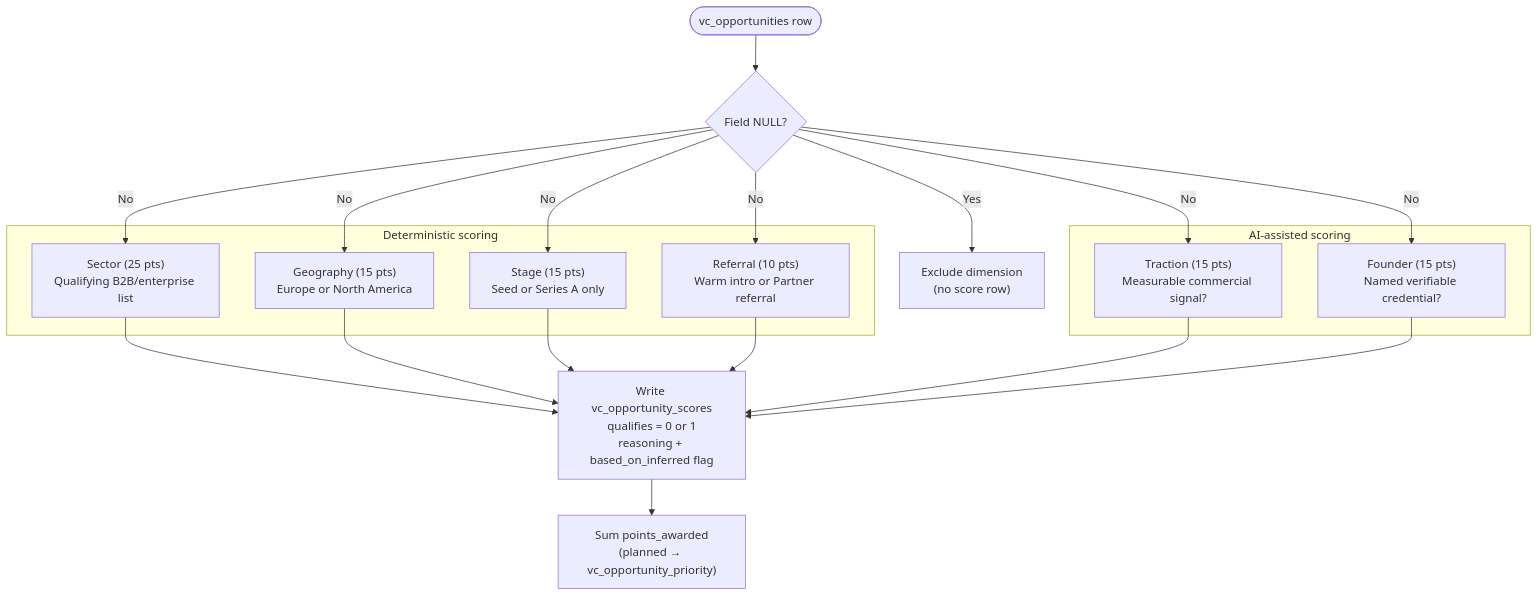
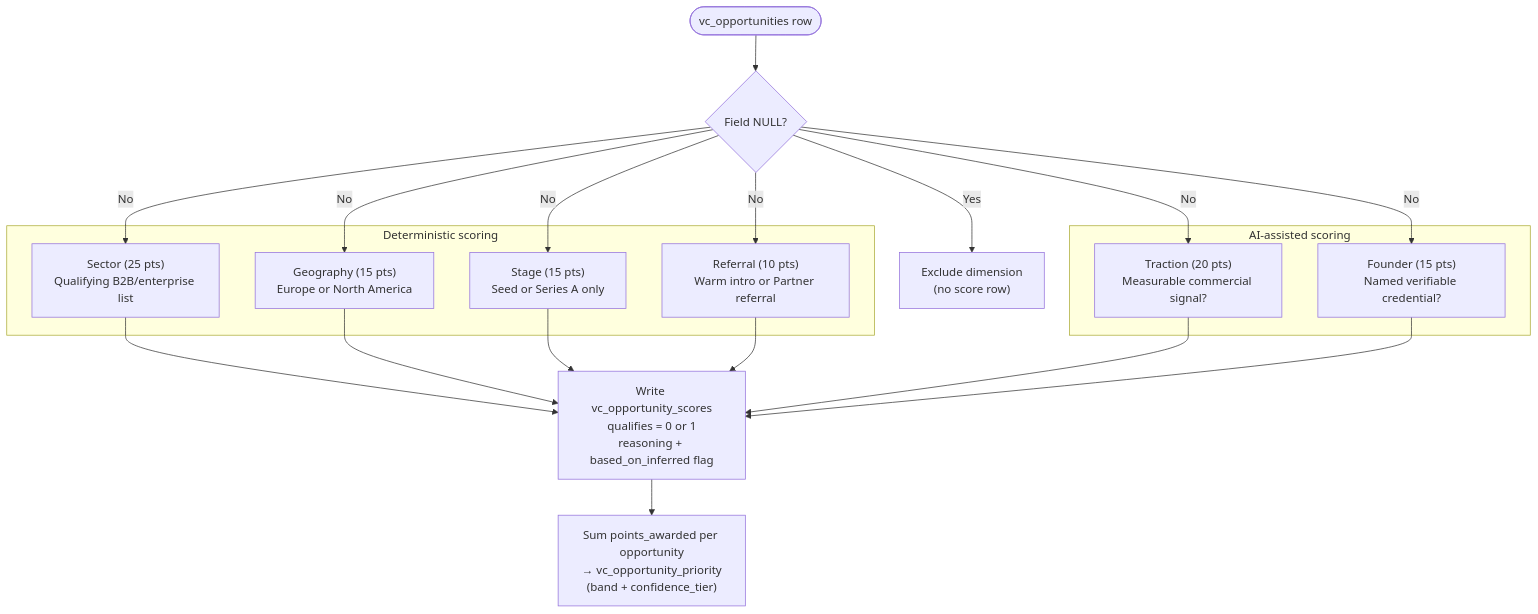
The fifth of 7 diagrams in docs/PIPELINE_WORKFLOW.md (Alban-l-2002/Endava_Take_Home), drawn with Mermaid before and after one commit. The commit also changed other lines of this file and 7 other files, not shown here.

````diff
--- a/docs/PIPELINE_WORKFLOW.md
+++ b/docs/PIPELINE_WORKFLOW.md
@@ -247,27 +247,27 @@
 ```mermaid
 flowchart TD
     OPP(["vc_opportunities row"])
 
     subgraph DET["Deterministic scoring"]
         D1["Sector (25 pts)\nQualifying B2B/enterprise list"]
         D2["Geography (15 pts)\nEurope or North America"]
         D3["Stage (15 pts)\nSeed or Series A only"]
         D4["Referral (10 pts)\nWarm intro or Partner referral"]
     end
 
     subgraph AI["AI-assisted scoring"]
-        D5["Traction (15 pts)\nMeasurable commercial signal?"]
+        D5["Traction (20 pts)\nMeasurable commercial signal?"]
         D6["Founder (15 pts)\nNamed verifiable credential?"]
     end
 
     NULL{"Field NULL?"}
     EXCLUDE["Exclude dimension\n(no score row)"]
     WRITE["Write vc_opportunity_scores\nqualifies = 0 or 1\nreasoning + based_on_inferred flag"]
 
     OPP --> NULL
     NULL -->|Yes| EXCLUDE
     NULL -->|No| D1 & D2 & D3 & D4 & D5 & D6
     D1 & D2 & D3 & D4 & D5 & D6 --> WRITE
 
-    WRITE --> SUM["Sum points_awarded\n(planned → vc_opportunity_priority)"]
+    WRITE --> SUM["Sum points_awarded per opportunity\n→ vc_opportunity_priority\n(band + confidence_tier)"]
 ```
````
